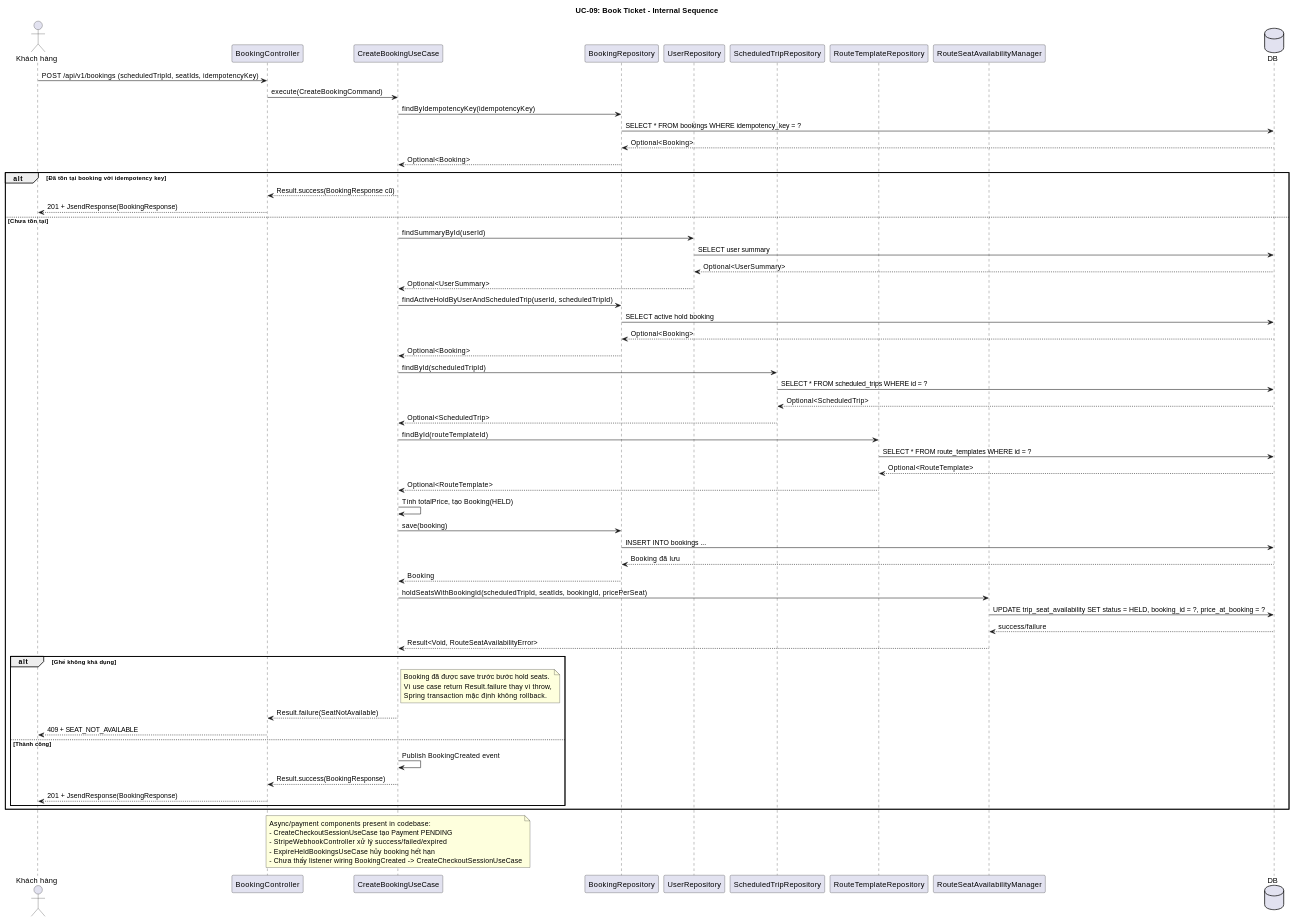
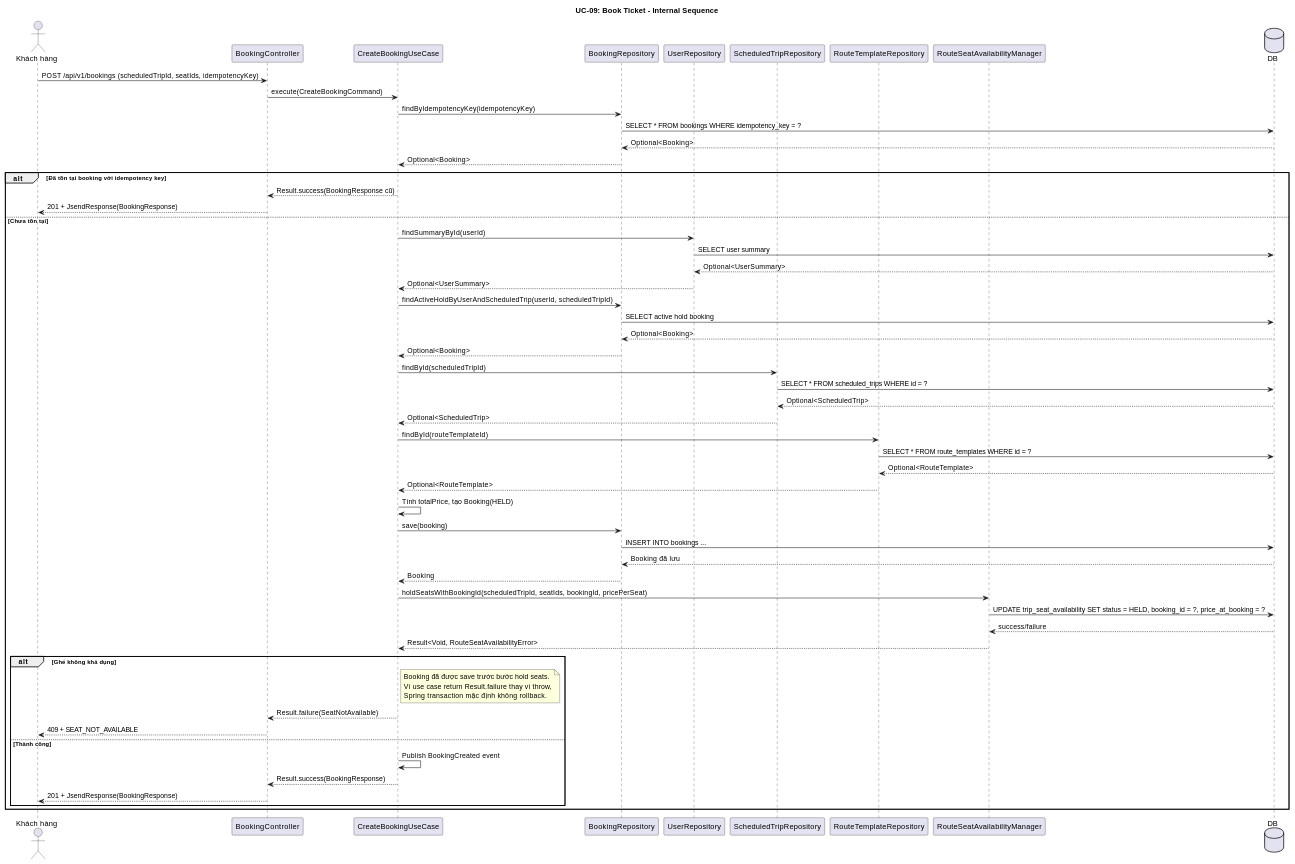
The fifth of 6 diagrams in docs/usecases/UC-09-dat-ve-tau.md (Phunguy65/train-ticket-booking-system-plus), drawn with PlantUML before and after one commit. The commit also changed other lines of this file and 33 other files, not shown here.

````diff
--- a/docs/usecases/UC-09-dat-ve-tau.md
+++ b/docs/usecases/UC-09-dat-ve-tau.md
@@ -371,81 +358,74 @@
 ```plantuml
 @startuml UC-09-internal
 title UC-09: Book Ticket - Internal Sequence
 
 actor "Khách hàng" as Actor
 participant "BookingController" as CTL
 participant "CreateBookingUseCase" as UC
 participant "BookingRepository" as BOOKING_REPO
 participant "UserRepository" as USER_REPO
 participant "ScheduledTripRepository" as TRIP_REPO
 participant "RouteTemplateRepository" as ROUTE_REPO
 participant "RouteSeatAvailabilityManager" as SEAT_PORT
 database "DB" as DB
 
 Actor -> CTL: POST /api/v1/bookings (scheduledTripId, seatIds, idempotencyKey)
 CTL -> UC: execute(CreateBookingCommand)
 
 UC -> BOOKING_REPO: findByIdempotencyKey(idempotencyKey)
 BOOKING_REPO -> DB: SELECT * FROM bookings WHERE idempotency_key = ?
 DB --> BOOKING_REPO: Optional<Booking>
 BOOKING_REPO --> UC: Optional<Booking>
 
 alt Đã tồn tại booking với idempotency key
     UC --> CTL: Result.success(BookingResponse cũ)
     CTL --> Actor: 201 + JsendResponse(BookingResponse)
 else Chưa tồn tại
     UC -> USER_REPO: findSummaryById(userId)
     USER_REPO -> DB: SELECT user summary
     DB --> USER_REPO: Optional<UserSummary>
     USER_REPO --> UC: Optional<UserSummary>
 
     UC -> BOOKING_REPO: findActiveHoldByUserAndScheduledTrip(userId, scheduledTripId)
     BOOKING_REPO -> DB: SELECT active hold booking
     DB --> BOOKING_REPO: Optional<Booking>
     BOOKING_REPO --> UC: Optional<Booking>
 
     UC -> TRIP_REPO: findById(scheduledTripId)
     TRIP_REPO -> DB: SELECT * FROM scheduled_trips WHERE id = ?
     DB --> TRIP_REPO: Optional<ScheduledTrip>
     TRIP_REPO --> UC: Optional<ScheduledTrip>
 
     UC -> ROUTE_REPO: findById(routeTemplateId)
     ROUTE_REPO -> DB: SELECT * FROM route_templates WHERE id = ?
     DB --> ROUTE_REPO: Optional<RouteTemplate>
     ROUTE_REPO --> UC: Optional<RouteTemplate>
 
     UC -> UC: Tính totalPrice, tạo Booking(HELD)
     UC -> BOOKING_REPO: save(booking)
     BOOKING_REPO -> DB: INSERT INTO bookings ...
     DB --> BOOKING_REPO: Booking đã lưu
     BOOKING_REPO --> UC: Booking
 
     UC -> SEAT_PORT: holdSeatsWithBookingId(scheduledTripId, seatIds, bookingId, pricePerSeat)
     SEAT_PORT -> DB: UPDATE trip_seat_availability SET status = HELD, booking_id = ?, price_at_booking = ?
     DB --> SEAT_PORT: success/failure
     SEAT_PORT --> UC: Result<Void, RouteSeatAvailabilityError>
 
     alt Ghế không khả dụng
         note right of UC
           Booking đã được save trước bước hold seats.
           Vì use case return Result.failure thay vì throw,
           Spring transaction mặc định không rollback.
         end note
         UC --> CTL: Result.failure(SeatNotAvailable)
         CTL --> Actor: 409 + SEAT_NOT_AVAILABLE
     else Thành công
         UC -> UC: Publish BookingCreated event
         UC --> CTL: Result.success(BookingResponse)
         CTL --> Actor: 201 + JsendResponse(BookingResponse)
     end
 end
 
-note over UC
-  Async/payment components present in codebase:
-  - CreateCheckoutSessionUseCase tạo Payment PENDING
-  - StripeWebhookController xử lý success/failed/expired
-  - ExpireHeldBookingsUseCase hủy booking hết hạn
-  - Chưa thấy listener wiring BookingCreated -> CreateCheckoutSessionUseCase
-end note
 @enduml
 ```
````
